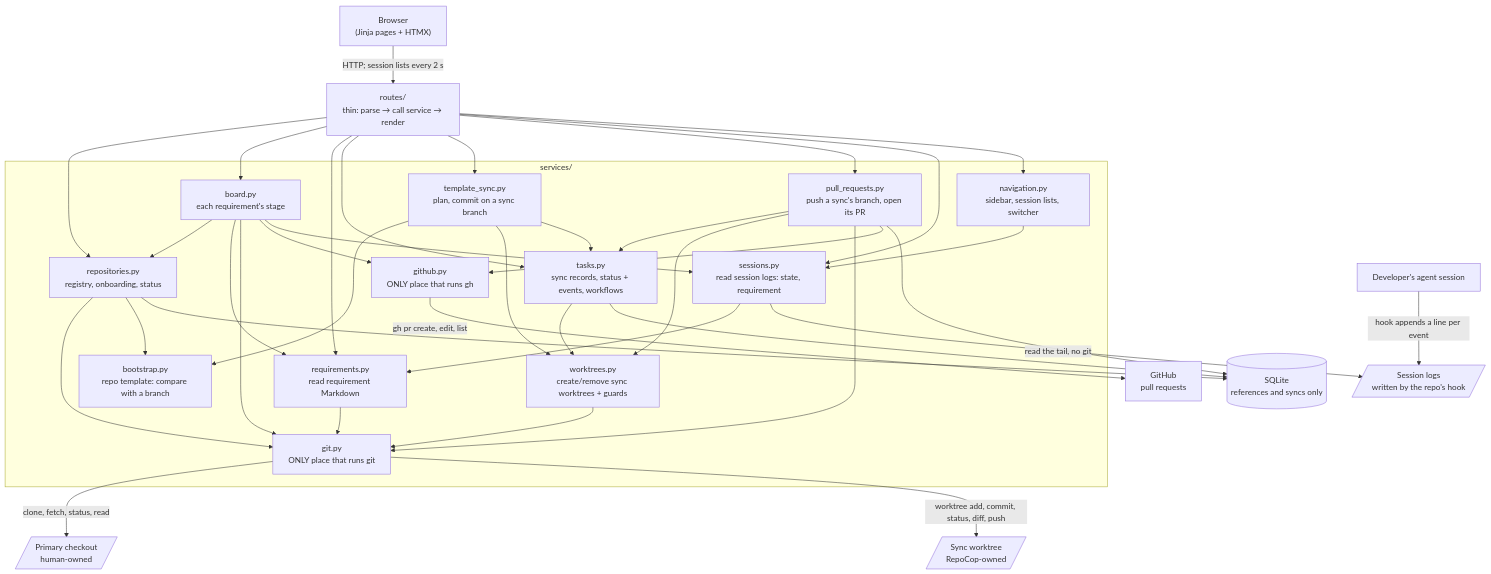
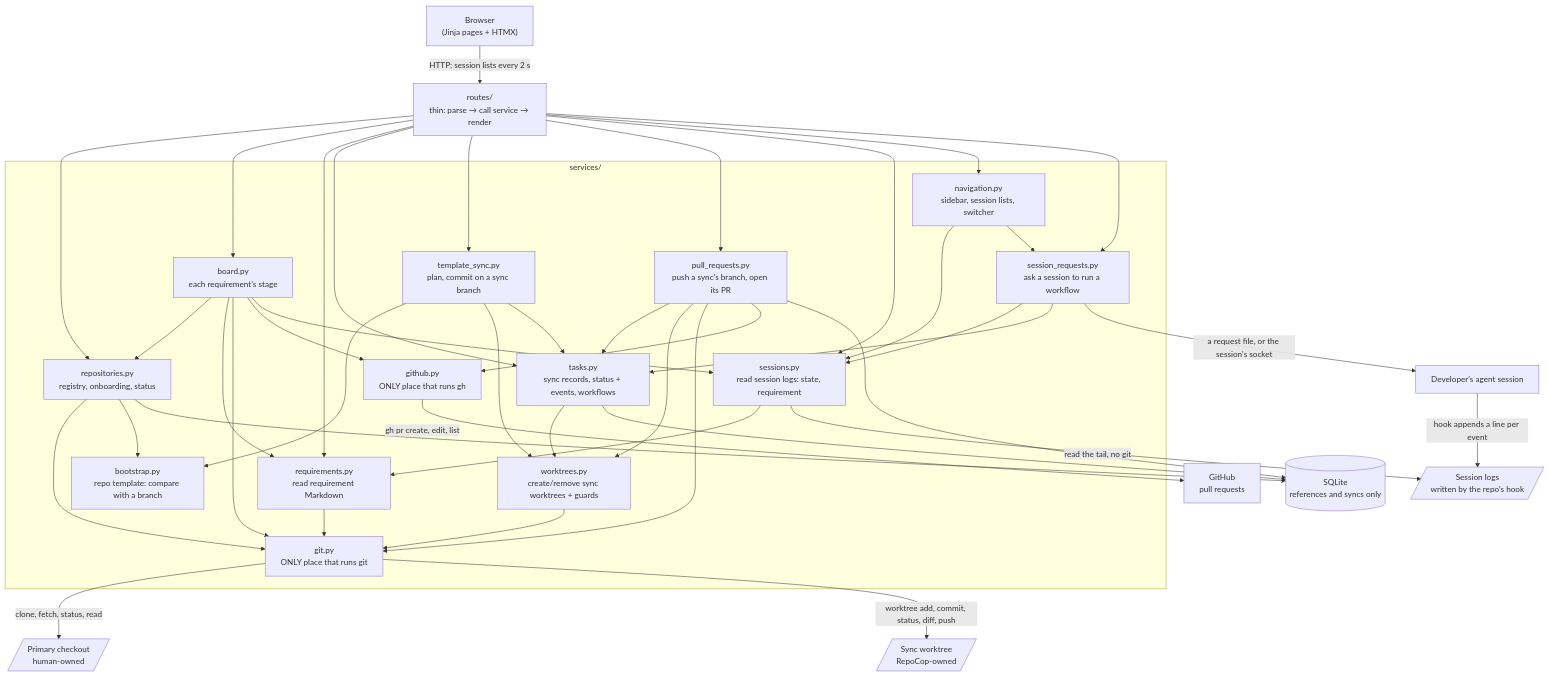
Before and after one commit to eliveikis/repocop: the first of 5 diagrams in specs/architecture.md, drawn with Mermaid. The commit also changed other lines of this file and 24 other files, not shown here.

````diff
--- a/specs/architecture.md
+++ b/specs/architecture.md
@@ -18,46 +19,49 @@
 ```mermaid
 flowchart TD
     browser["Browser<br/>(Jinja pages + HTMX)"]
     routes["routes/<br/>thin: parse → call service → render"]
 
     subgraph services["services/"]
         repos["repositories.py<br/>registry, onboarding, status"]
         board["board.py<br/>each requirement's stage"]
         sync["template_sync.py<br/>plan, commit on a sync branch"]
         boot["bootstrap.py<br/>repo template: compare with a branch"]
         reqs["requirements.py<br/>read requirement Markdown"]
         wts["worktrees.py<br/>create/remove sync worktrees + guards"]
         git["git.py<br/>ONLY place that runs git"]
         tasksvc["tasks.py<br/>sync records, status + events, workflows"]
         prs["pull_requests.py<br/>push a sync's branch, open its PR"]
         sess["sessions.py<br/>read session logs: state, requirement"]
+        asks["session_requests.py<br/>ask a session to run a workflow"]
         nav["navigation.py<br/>sidebar, session lists, switcher"]
         github["github.py<br/>ONLY place that runs gh"]
     end
 
     db[("SQLite<br/>references and syncs only")]
     primary[/"Primary checkout<br/>human-owned"/]
     worktree[/"Sync worktree<br/>RepoCop-owned"/]
     hub["GitHub<br/>pull requests"]
     logs[/"Session logs<br/>written by the repo's hook"/]
     agent["Developer's agent session"]
 
     browser -->|"HTTP; session lists every 2 s"| routes
-    routes --> repos & board & reqs & tasksvc & sync & prs & sess & nav
+    routes --> repos & board & reqs & tasksvc & sync & prs & sess & nav & asks
     board --> repos & reqs & git & github & sess
-    nav --> sess
+    nav --> sess & asks
     sess --> reqs
+    asks --> sess & tasksvc
+    asks -->|"a request file, or the session's socket"| agent
     sess -->|"read the tail, no git"| logs
     agent -->|"hook appends a line per event"| logs
     prs --> tasksvc & wts & git & github
     sync --> boot & wts & tasksvc
     tasksvc --> wts
     repos --> git
     repos --> boot
     reqs --> git
     wts --> git
     repos & tasksvc & prs --> db
     git -->|"clone, fetch, status, read"| primary
     git -->|"worktree add, commit, status, diff, push"| worktree
     github -->|"gh pr create, edit, list"| hub
 ```
````
